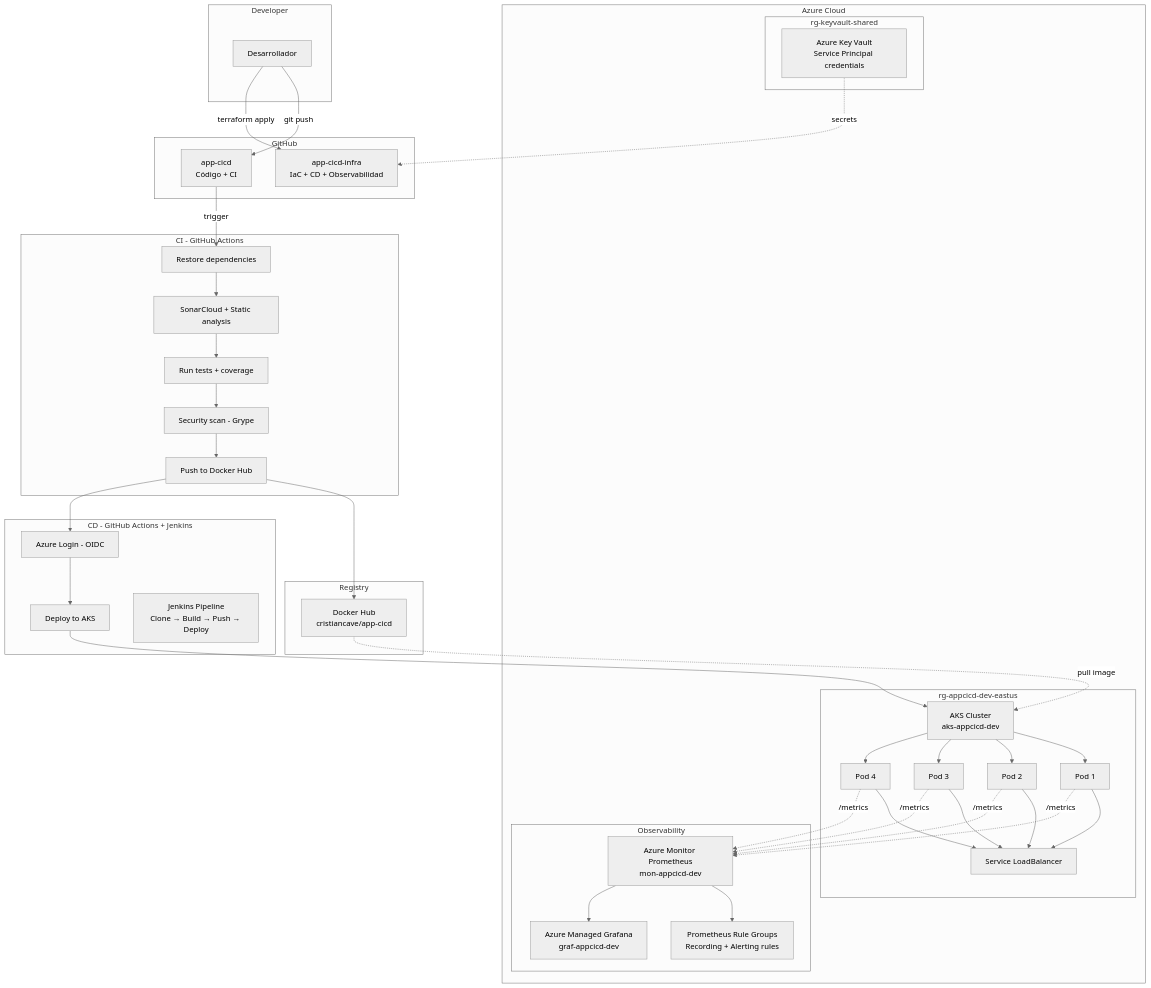
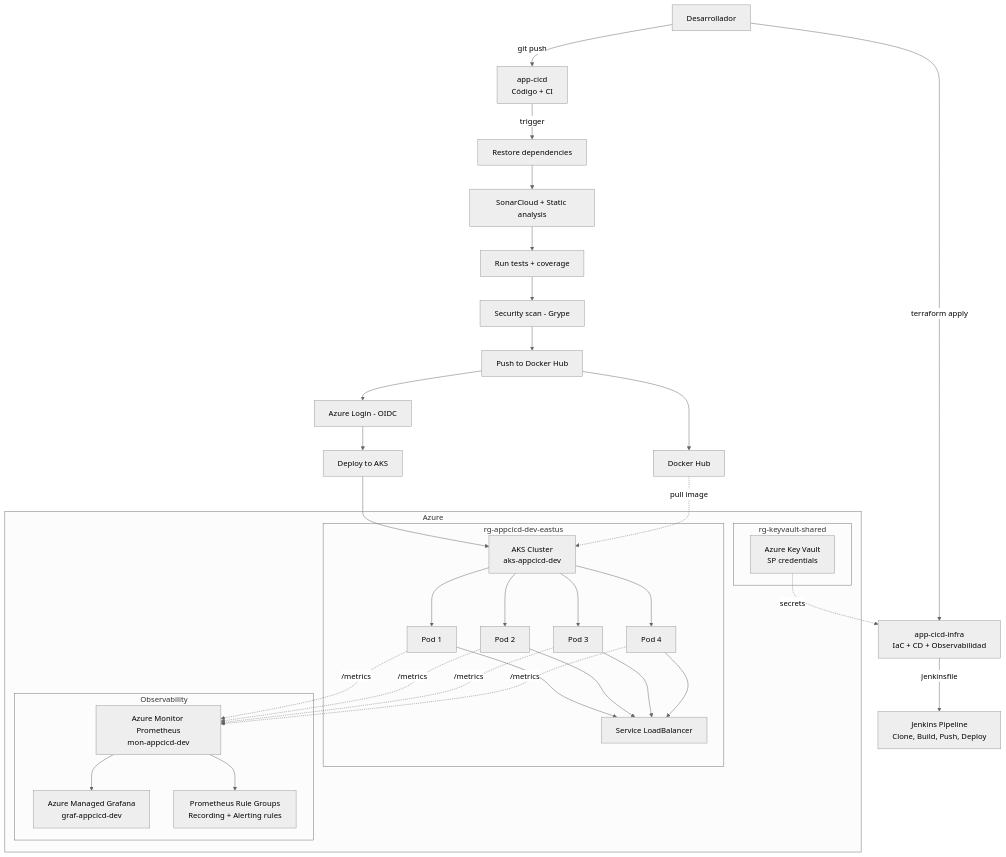
One commit to cristiancave/app-cicd-infra changed the diagram in README.md. Above: the diagram before and after it, drawn with Mermaid (neutral theme).

Commit message:
fix: replace ampersand syntax in Mermaid diagram for GitHub compatibility

````diff
--- a/README.md
+++ b/README.md
@@ -20,63 +20,54 @@
 ```mermaid
 flowchart TB
-    subgraph Developer
-        DEV[Desarrollador]
-    end
+    DEV[Desarrollador] -->|git push| REPO_APP[app-cicd<br>Código + CI]
+    DEV -->|terraform apply| REPO_INFRA[app-cicd-infra<br>IaC + CD + Observabilidad]
 
-    subgraph GitHub
-        REPO_APP[app-cicd<br>Código + CI]
-        REPO_INFRA[app-cicd-infra<br>IaC + CD + Observabilidad]
-    end
+    REPO_APP -->|trigger| RESTORE[Restore dependencies]
+    RESTORE --> BUILD_CI[SonarCloud + Static analysis]
+    BUILD_CI --> TEST[Run tests + coverage]
+    TEST --> GRYPE[Security scan - Grype]
+    GRYPE --> DOCKER_PUSH[Push to Docker Hub]
 
-    subgraph "CI - GitHub Actions"
-        RESTORE[Restore dependencies]
-        BUILD_CI[SonarCloud + Static analysis]
-        TEST[Run tests + coverage]
-        GRYPE[Security scan - Grype]
-        DOCKER_PUSH[Push to Docker Hub]
-    end
+    DOCKER_PUSH --> DH[Docker Hub]
+    DOCKER_PUSH --> OIDC[Azure Login - OIDC]
+    OIDC --> AKS_DEPLOY[Deploy to AKS]
 
-    subgraph "CD - GitHub Actions + Jenkins"
-        OIDC[Azure Login - OIDC]
-        AKS_DEPLOY[Deploy to AKS]
-        JENKINS[Jenkins Pipeline<br>Clone → Build → Push → Deploy]
-    end
+    REPO_INFRA -->|Jenkinsfile| JENKINS[Jenkins Pipeline<br>Clone, Build, Push, Deploy]
 
-    subgraph "Azure Cloud"
-        subgraph "rg-keyvault-shared"
-            KV[Azure Key Vault<br>Service Principal credentials]
+    subgraph Azure
+        subgraph rg-keyvault-shared
+            KV[Azure Key Vault<br>SP credentials]
         end
-        subgraph "rg-appcicd-dev-eastus"
+        subgraph rg-appcicd-dev-eastus
             AKS[AKS Cluster<br>aks-appcicd-dev]
             POD1[Pod 1]
             POD2[Pod 2]
             POD3[Pod 3]
             POD4[Pod 4]
             SVC[Service LoadBalancer]
         end
-        subgraph "Observability"
+        subgraph Observability
             PROM[Azure Monitor Prometheus<br>mon-appcicd-dev]
             GRAF[Azure Managed Grafana<br>graf-appcicd-dev]
             RULES[Prometheus Rule Groups<br>Recording + Alerting rules]
         end
     end
 
-    subgraph Registry
-        DH[Docker Hub<br>cristiancave/app-cicd]
-    end
-
-    DEV -->|git push| REPO_APP
-    DEV -->|terraform apply| REPO_INFRA
-    REPO_APP -->|trigger| RESTORE
-    RESTORE --> BUILD_CI --> TEST --> GRYPE --> DOCKER_PUSH
-    DOCKER_PUSH --> DH
-    DOCKER_PUSH --> OIDC --> AKS_DEPLOY
     AKS_DEPLOY --> AKS
-    AKS --> POD1 & POD2 & POD3 & POD4
-    POD1 & POD2 & POD3 & POD4 --> SVC
-    POD1 & POD2 & POD3 & POD4 -.->|/metrics| PROM
+    AKS --> POD1
+    AKS --> POD2
+    AKS --> POD3
+    AKS --> POD4
+    POD1 --> SVC
+    POD2 --> SVC
+    POD3 --> SVC
+    POD4 --> SVC
+    POD1 -.->|/metrics| PROM
+    POD2 -.->|/metrics| PROM
+    POD3 -.->|/metrics| PROM
+    POD4 -.->|/metrics| PROM
     PROM --> RULES
     PROM --> GRAF
     KV -.->|secrets| REPO_INFRA
     DH -.->|pull image| AKS
 ```
````
